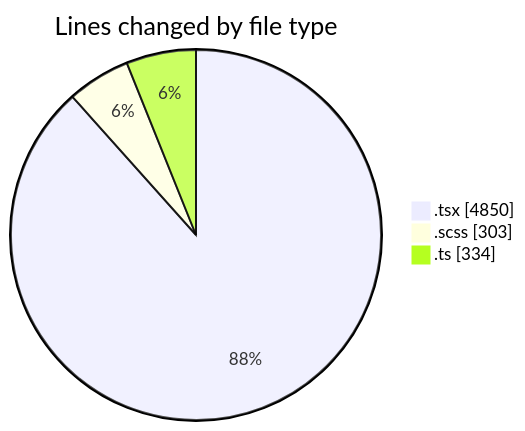
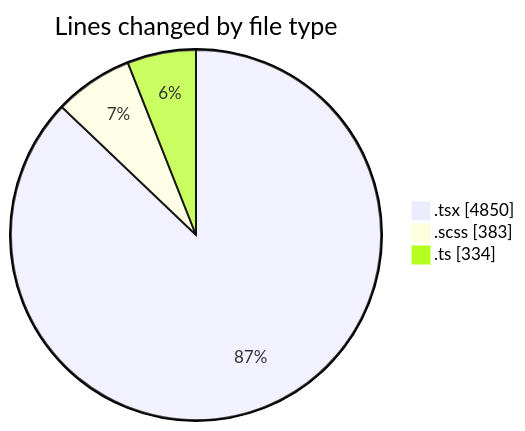
Before and after one commit to momahboobian/code-tracking: the first of 2 diagrams in 2025-07-03/cda/README.md, drawn with Mermaid. The commit also changed other lines of this file and 1 other file, not shown here.

````diff
--- a/2025-07-03/cda/README.md
+++ b/2025-07-03/cda/README.md
@@ -38,7 +38,7 @@
 ```mermaid
 pie showData
 title Lines changed by file type
 ".tsx" : 4850
-".scss" : 303
+".scss" : 383
 ".ts" : 334
 ```
````
